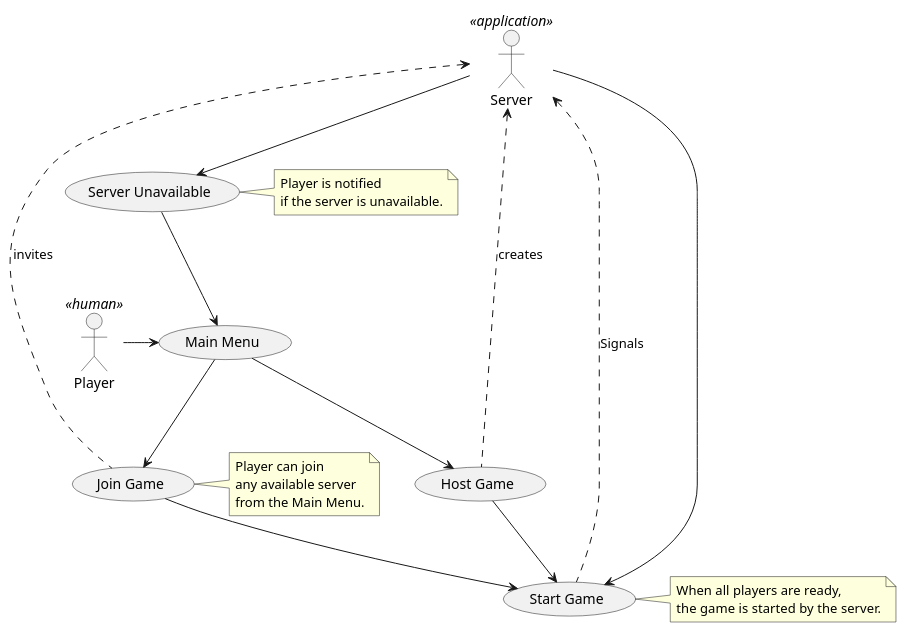
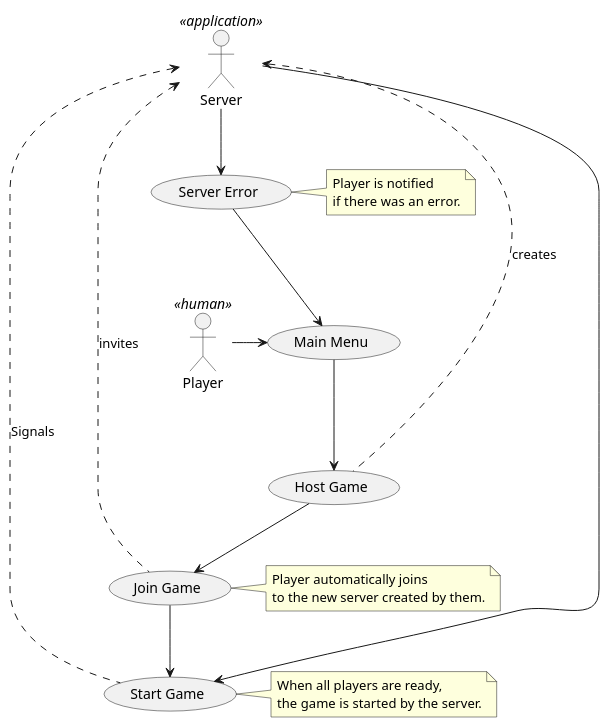
Before and after one commit to MysticMazeEducators/.github: the diagram in resources/usecases/playerCreates_simple.puml, drawn with PlantUML.

Commit message:
Corrected the hosting a server mistake

```diff
--- a/resources/usecases/playerCreates_simple.puml
+++ b/resources/usecases/playerCreates_simple.puml
@@ -1,38 +1,36 @@
 @startuml
 :Player: as Player << human >>
 :Server: as Server << application >>
 (Main Menu) as (Menu)
 (Host Game) as (Host)
 (Join Game) as (Join)
 (Start Game) as (Start)
-(Server Unavailable) as (Unavailable)
+(Server Error) as (Unavailable)
 
 Player -> (Menu)
 (Menu) --> (Host)
-(Menu) --> (Join)
 (Server) <.. (Host) : creates
 (Server) <.. (Join) : invites
-(Host) --> (Start)
+(Host) --> (Join)
 (Join) --> (Start)
 (Server) <.. (Start) : Signals
 (Server) --> (Start)
 (Server) --> (Unavailable)
 (Unavailable) --> (Menu)
 
 note right of (Join)
-Player can join
-any available server
-from the Main Menu.
+Player automatically joins
+to the new server created by them.
 end note
 
 note right of (Unavailable)
 Player is notified
-if the server is unavailable.
+if there was an error.
 end note
 
 note right of (Start)
 When all players are ready,
 the game is started by the server.
 end note
 
 @enduml
```
